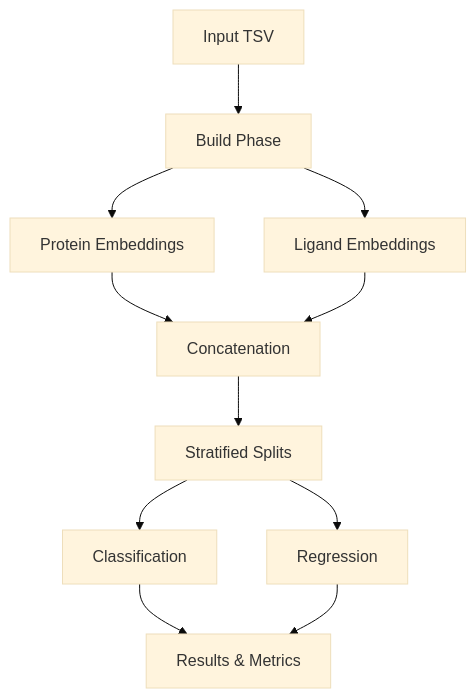
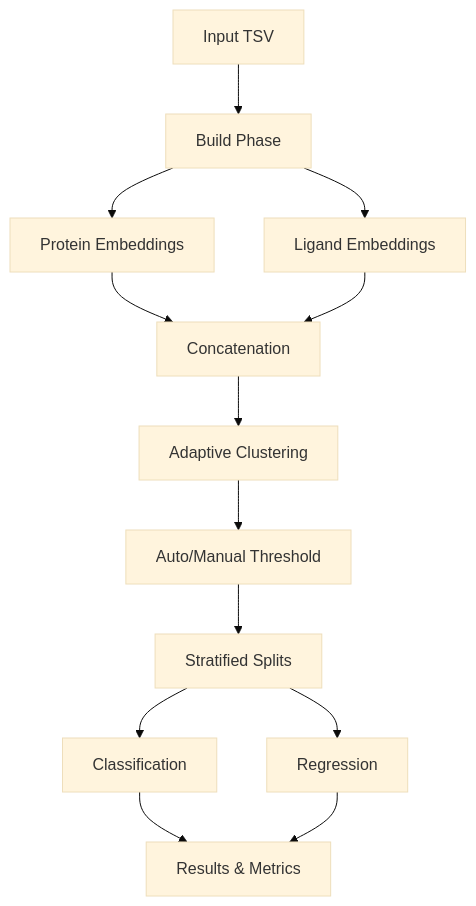
Before and after one commit to gmmsb-lncc/attention-screening: the diagram in README.md, drawn with Mermaid (base theme). The commit also changed other lines of this file and 5 other files, not shown here.

First line of the commit message:
docs: update documentation with adaptive clustering features

````diff
--- a/README.md
+++ b/README.md
@@ -87,13 +108,15 @@
 ```mermaid
 graph TB
     A[Input TSV] --> B[Build Phase]
     B --> B1[Protein Embeddings]
     B --> B2[Ligand Embeddings]
     B1 --> C[Concatenation]
     B2 --> C
-    C --> D[Stratified Splits]
-    D --> E[Classification]
-    D --> F[Regression]
-    E --> G[Results & Metrics]
-    F --> G
+    C --> D[Adaptive Clustering]
+    D --> D1[Auto/Manual Threshold]
+    D1 --> E[Stratified Splits]
+    E --> F[Classification]
+    E --> G[Regression]
+    F --> H[Results & Metrics]
+    G --> H
 ```
````
